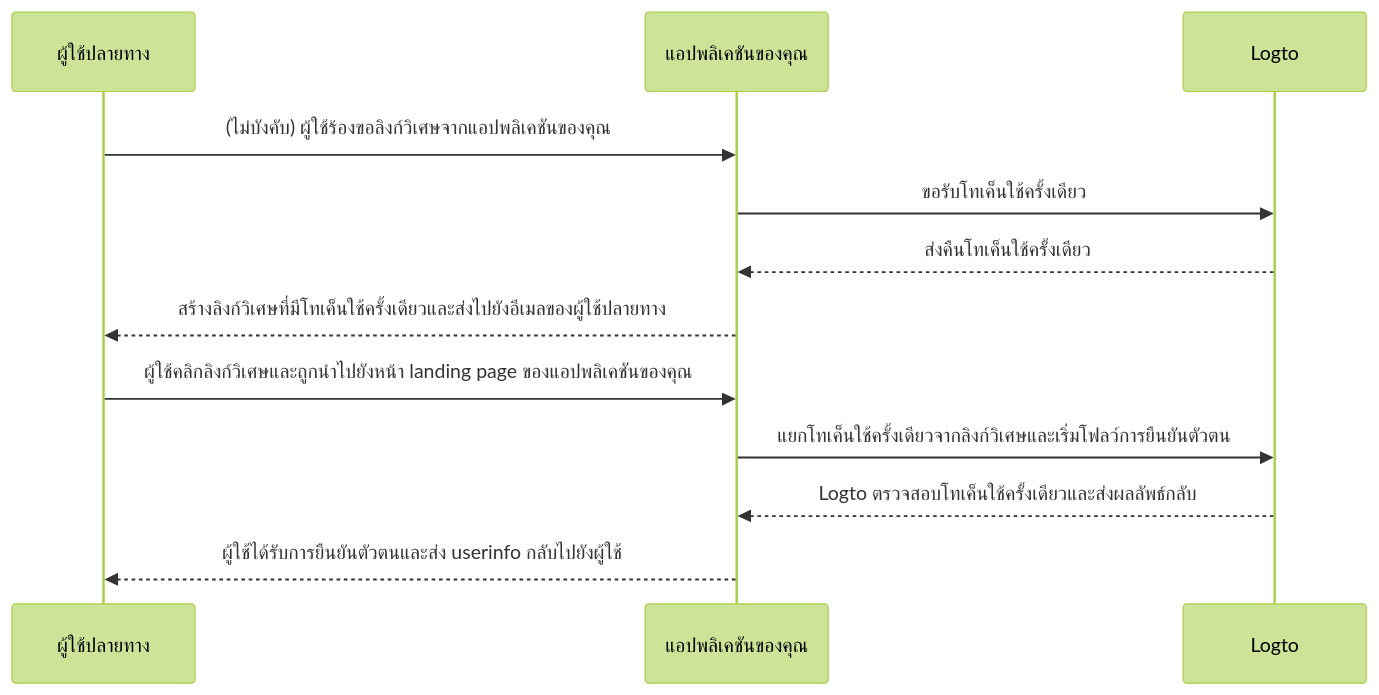
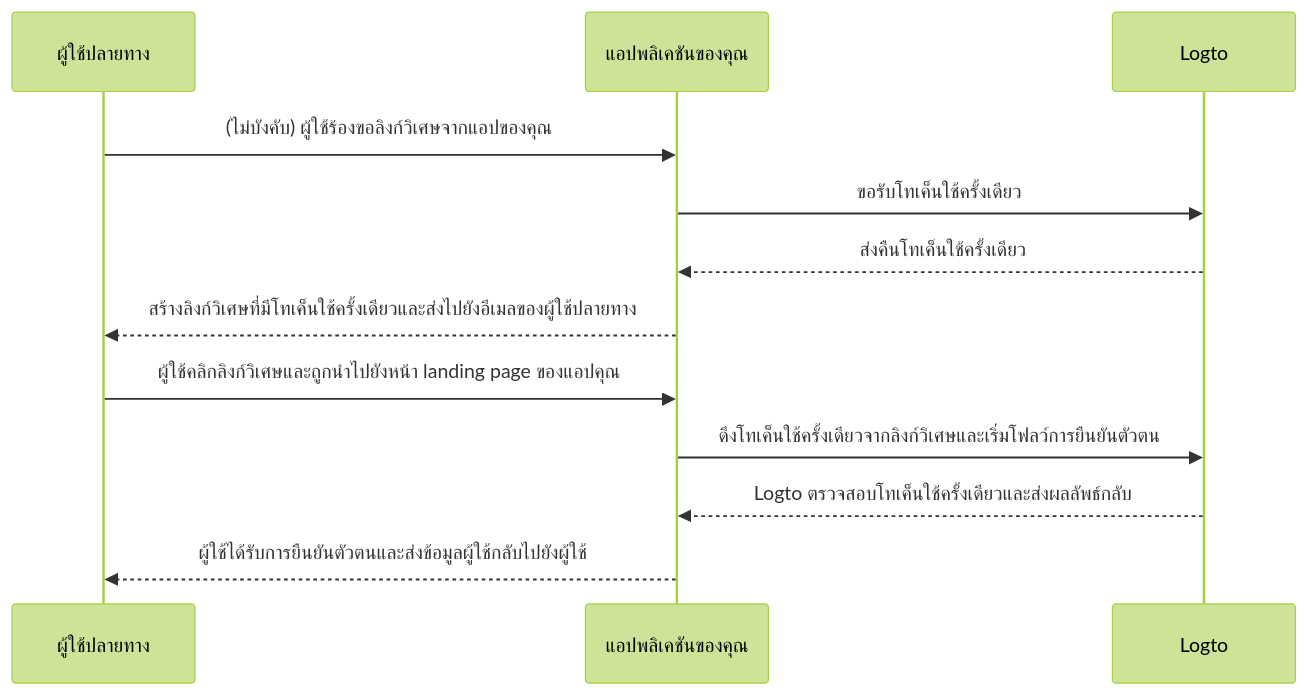
One commit to logto-io/docs changed the diagram in i18n/th/docusaurus-plugin-content-docs/current/end-user-flows/one-time-token.mdx. Above: the diagram before and after it, drawn with Mermaid (forest theme). The commit also changed other lines of this file and 47 other files, not shown here.

````diff
--- a/i18n/th/docusaurus-plugin-content-docs/current/end-user-flows/one-time-token.mdx
+++ b/i18n/th/docusaurus-plugin-content-docs/current/end-user-flows/one-time-token.mdx
@@ -38,15 +38,15 @@
 ```mermaid
 sequenceDiagram
   participant U as ผู้ใช้ปลายทาง
   participant C as แอปพลิเคชันของคุณ
   participant L as Logto
 
-  U ->> C: (ไม่บังคับ) ผู้ใช้ร้องขอลิงก์วิเศษจากแอปพลิเคชันของคุณ
+  U ->> C: (ไม่บังคับ) ผู้ใช้ร้องขอลิงก์วิเศษจากแอปของคุณ
   C ->> L: ขอรับโทเค็นใช้ครั้งเดียว
   L -->> C: ส่งคืนโทเค็นใช้ครั้งเดียว
   C -->> U: สร้างลิงก์วิเศษที่มีโทเค็นใช้ครั้งเดียวและส่งไปยังอีเมลของผู้ใช้ปลายทาง
-  U ->> C: ผู้ใช้คลิกลิงก์วิเศษและถูกนำไปยังหน้า landing page ของแอปพลิเคชันของคุณ
-  C ->> L: แยกโทเค็นใช้ครั้งเดียวจากลิงก์วิเศษและเริ่มโฟลว์การยืนยันตัวตน
+  U ->> C: ผู้ใช้คลิกลิงก์วิเศษและถูกนำไปยังหน้า landing page ของแอปคุณ
+  C ->> L: ดึงโทเค็นใช้ครั้งเดียวจากลิงก์วิเศษและเริ่มโฟลว์การยืนยันตัวตน
   L -->> C: Logto ตรวจสอบโทเค็นใช้ครั้งเดียวและส่งผลลัพธ์กลับ
-  C -->> U: ผู้ใช้ได้รับการยืนยันตัวตนและส่ง userinfo กลับไปยังผู้ใช้
+  C -->> U: ผู้ใช้ได้รับการยืนยันตัวตนและส่งข้อมูลผู้ใช้กลับไปยังผู้ใช้
 ```
````
